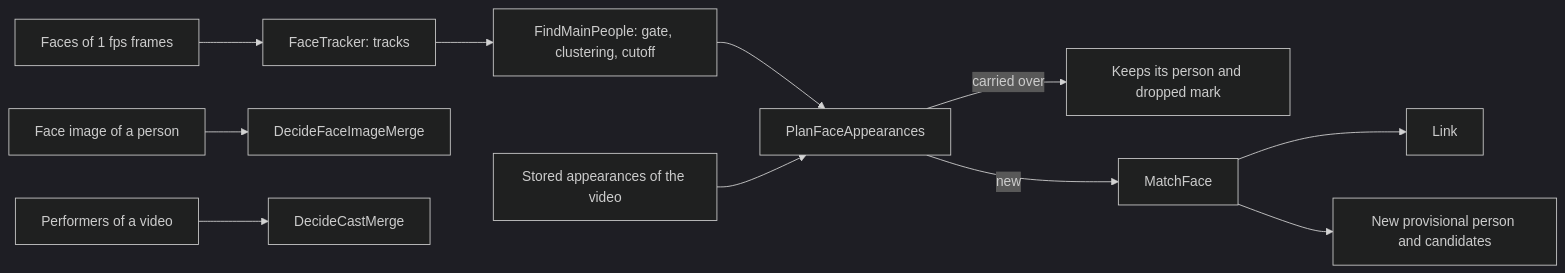
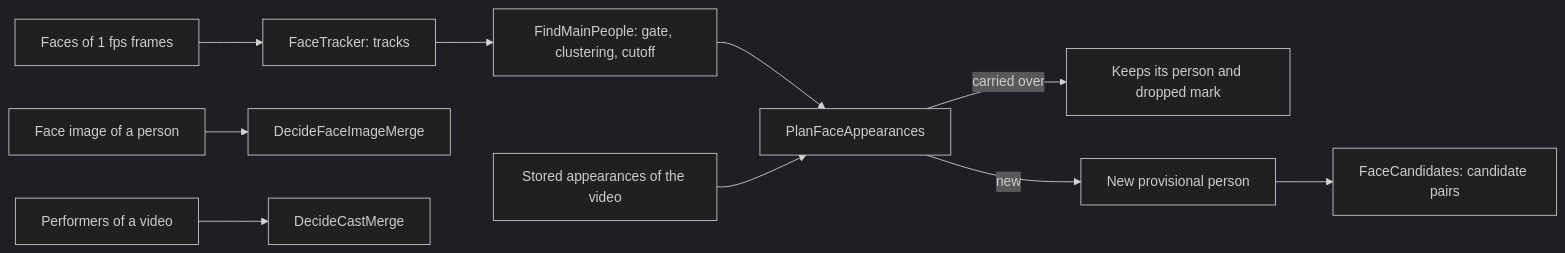
Before and after one commit to syudead/vv: the fourth of 5 diagrams in docs/design-docs/face-recognition.md, drawn with Mermaid (dark theme). The commit also changed other lines of this file and 10 other files, not shown here.

````diff
--- a/docs/design-docs/face-recognition.md
+++ b/docs/design-docs/face-recognition.md
@@ -209,13 +210,12 @@
 ```mermaid
 flowchart LR
   frames[Faces of 1 fps frames] --> tracker[FaceTracker: tracks]
   tracker --> main[FindMainPeople: gate, clustering, cutoff]
   main --> plan[PlanFaceAppearances]
   stored[Stored appearances of the video] --> plan
   plan -->|carried over| keep[Keeps its person and dropped mark]
-  plan -->|new| match[MatchFace]
-  match --> link[Link]
-  match --> prov[New provisional person and candidates]
+  plan -->|new| prov[New provisional person]
+  prov --> cand[FaceCandidates: candidate pairs]
   image[Face image of a person] --> imageRule[DecideFaceImageMerge]
   cast[Performers of a video] --> castRule[DecideCastMerge]
 ```
````
